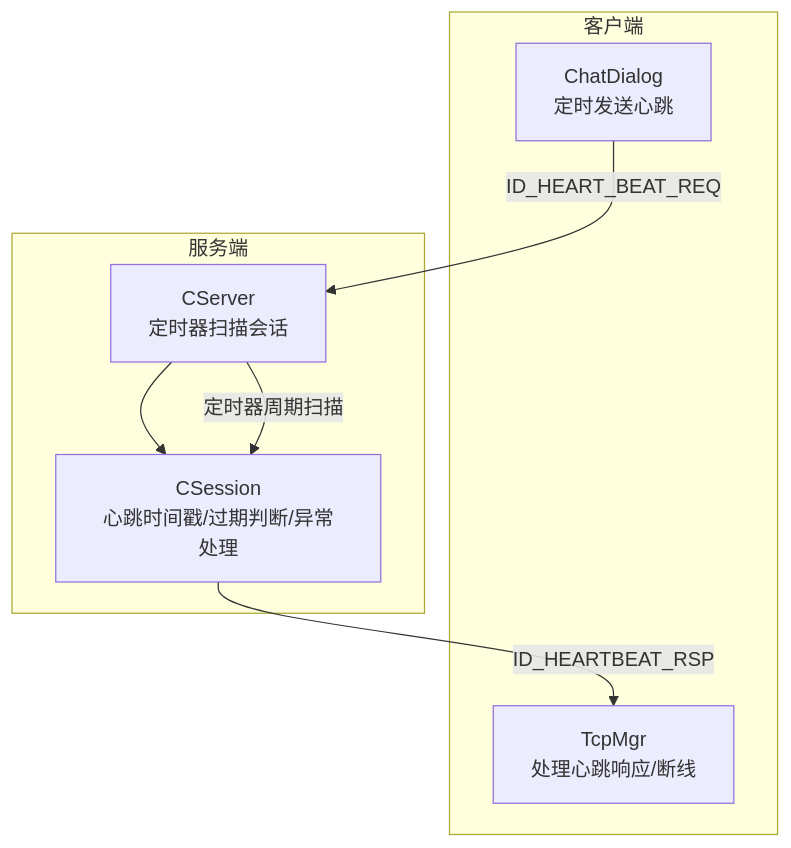
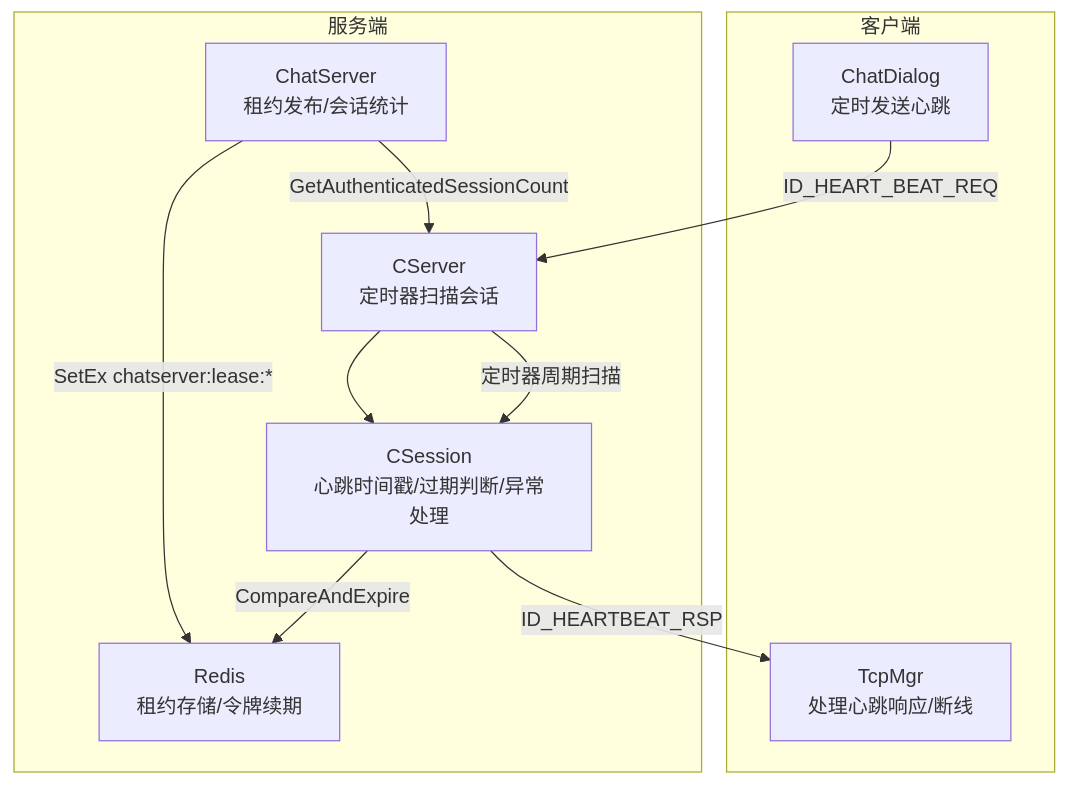
One commit to echo9923/mychatter changed the first of 9 diagrams in .qoder/repowiki/zh/content/服务端开发/ChatServer聊天核心服务/会话管理/心跳检测机制.md. Above: the diagram before and after it, drawn with Mermaid. The commit also changed other lines of this file and 107 other files, not shown here.

````diff
--- a/.qoder/repowiki/zh/content/服务端开发/ChatServer聊天核心服务/会话管理/心跳检测机制.md
+++ b/.qoder/repowiki/zh/content/服务端开发/ChatServer聊天核心服务/会话管理/心跳检测机制.md
@@ -36,15 +51,20 @@
 ```mermaid
 graph TB
 subgraph "客户端"
 CD["ChatDialog<br/>定时发送心跳"]
 TM["TcpMgr<br/>处理心跳响应/断线"]
 end
 subgraph "服务端"
 CSrv["CServer<br/>定时器扫描会话"]
 CSe["CSession<br/>心跳时间戳/过期判断/异常处理"]
+Main["ChatServer<br/>租约发布/会话统计"]
+Redis["Redis<br/>租约存储/令牌续期"]
 end
 CD --> |ID_HEART_BEAT_REQ| CSrv
 CSrv --> CSe
 CSe --> |ID_HEARTBEAT_RSP| TM
 CSrv --> |定时器周期扫描| CSe
+Main --> |GetAuthenticatedSessionCount| CSrv
+Main --> |SetEx chatserver:lease:*| Redis
+CSe --> |CompareAndExpire| Redis
 ```
````
